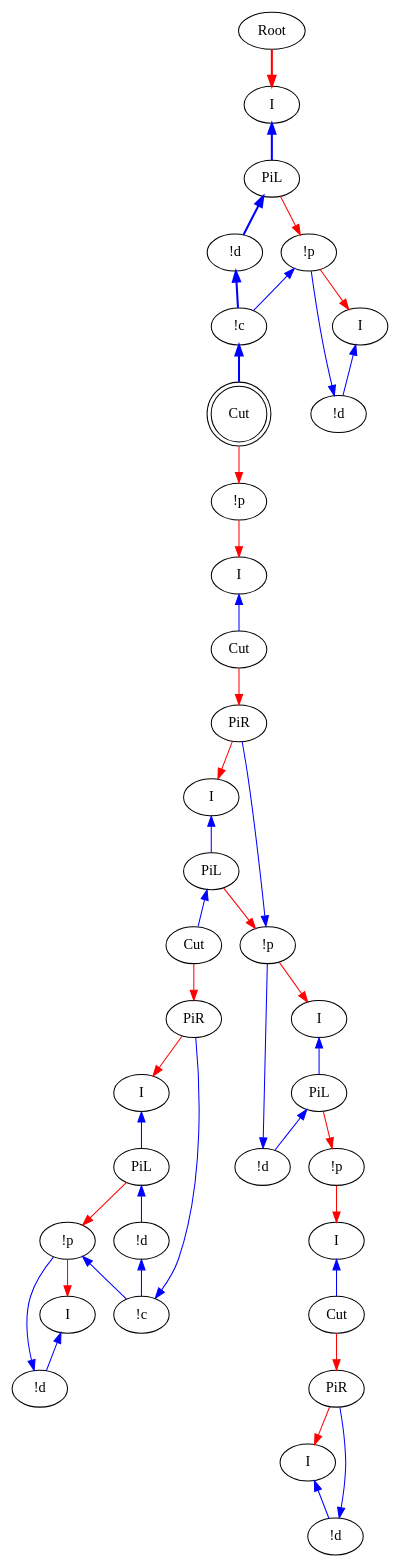
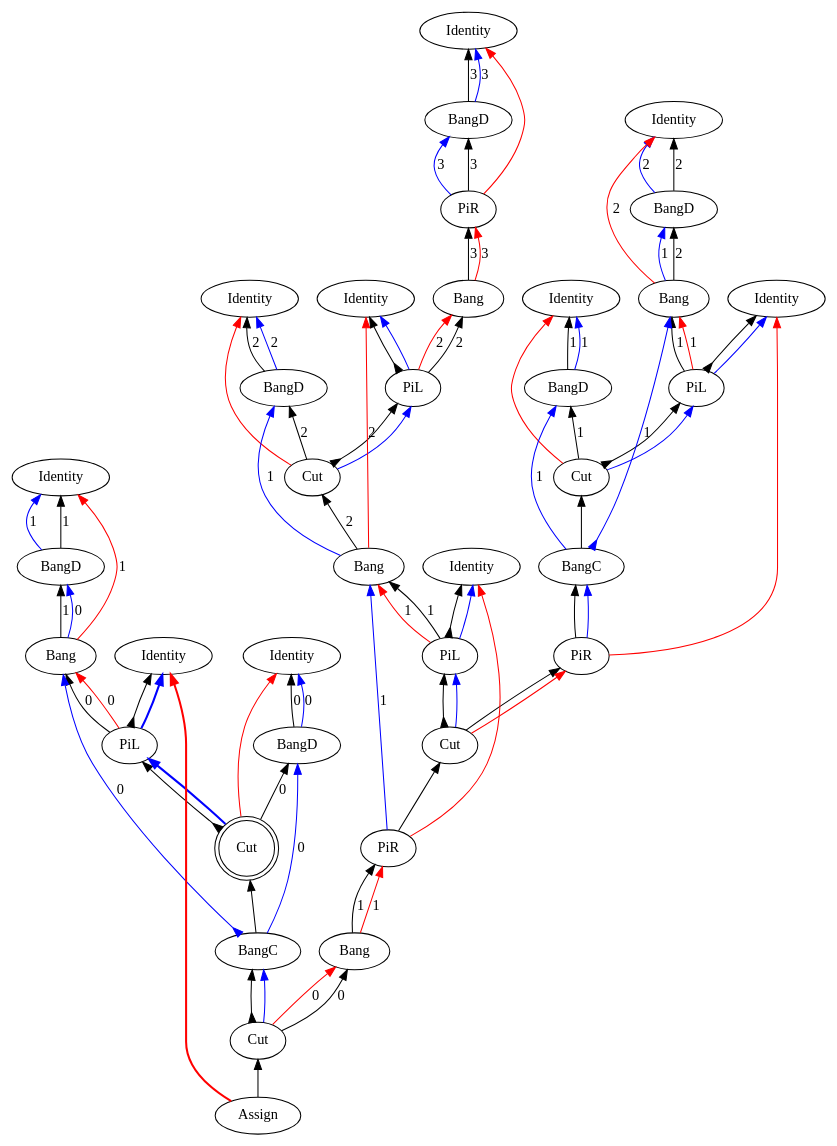
One commit to Mathnerd314/stroscot changed the diagram in src/core/graphs/example_m_2.dot. Above: the diagram before and after it, drawn with Graphviz. The commit also changed 319 other files, not shown here.

```diff
--- a/src/core/graphs/example_m_2.dot
+++ b/src/core/graphs/example_m_2.dot
@@ -1,77 +1,117 @@
 digraph {
-"Root0" [label="Root"]
-"PiL0" [label="PiL"]
-"!d0" [label="!d"]
-"!c0" [label="!c"]
-"!p0" [label="!p"]
-"I0" [label="I"]
-"!d1" [label="!d"]
-"!p1" [label="!p"]
-"I1" [label="I"]
-"Cut0" [label="Cut"]
-"PiR0" [label="PiR"]
-"I2" [label="I"]
-"PiL1" [label="PiL"]
-"Cut1" [label="Cut"]
-"PiR1" [label="PiR"]
-"I3" [label="I"]
-"PiL2" [label="PiL"]
-"!d2" [label="!d"]
-"!c1" [label="!c"]
-"!p2" [label="!p"]
-"I4" [label="I"]
-"!d3" [label="!d"]
-"!p3" [label="!p"]
-"I5" [label="I"]
-"PiL3" [label="PiL"]
-"!d4" [label="!d"]
-"!p4" [label="!p"]
-"I6" [label="I"]
-"Cut2" [label="Cut"]
+rankdir="BT"
+"Identity0" [label="Identity"]
+"BangD1" [label="BangD"]
 "PiR2" [label="PiR"]
-"I7" [label="I"]
-"!d5" [label="!d"]
-"Cut3" [label="Cut",shape=doublecircle]
-"I8" [label="I"]
-"!p3" -> "PiR0"[color=blue,tooltip="h",dir=back]
-"!d4" -> "!p3"[color=blue,tooltip="hj",dir=back]
-"I2" -> "PiL1"[color=blue,tooltip="hl",dir=back]
-"PiL1" -> "Cut1"[color=blue,tooltip="hl1",dir=back]
-"Cut1" -> "PiR1"[color=red,tooltip="hl1r"]
-"I5" -> "PiL3"[color=blue,tooltip="hl2",dir=back]
-"PiL3" -> "!d4"[color=blue,tooltip="hl21",dir=back]
-"I6" -> "Cut2"[color=blue,tooltip="hl22",dir=back]
-"Cut2" -> "PiR2"[color=red,tooltip="hl22r"]
-"!p4" -> "I6"[color=red,tooltip="hl2i"]
-"PiL3" -> "!p4"[color=red,tooltip="hl2p"]
-"!p3" -> "I5"[color=red,tooltip="hli"]
-"PiL1" -> "!p3"[color=red,tooltip="hlp"]
-"PiR0" -> "I2"[color=red,tooltip="hr"]
-"!d5" -> "PiR2"[color=blue,tooltip="i",dir=back]
-"I7" -> "!d5"[color=blue,tooltip="il",dir=back]
-"PiR2" -> "I7"[color=red,tooltip="ir"]
-"I1" -> "Cut0"[color=blue,tooltip="ret2",dir=back]
-"Cut0" -> "PiR0"[color=red,tooltip="ret2r"]
-"!p1" -> "I1"[color=red,tooltip="reti"]
-"Cut3" -> "!p1"[color=red,tooltip="retp"]
-"Root0" -> "I8"[color=red,tooltip="rettop",penwidth=2]
-"!c0" -> "Cut3"[color=blue,tooltip="x",penwidth=2,dir=back]
-"!d0" -> "!c0"[color=blue,tooltip="x1",penwidth=2,dir=back]
-"!p0" -> "!c0"[color=blue,tooltip="x2",dir=back]
-"!d1" -> "!p0"[color=blue,tooltip="xj",dir=back]
-"I8" -> "PiL0"[color=blue,tooltip="xl",penwidth=2,dir=back]
-"PiL0" -> "!d0"[color=blue,tooltip="xl1",penwidth=2,dir=back]
-"I0" -> "!d1"[color=blue,tooltip="xl2",dir=back]
-"!p0" -> "I0"[color=red,tooltip="xli"]
-"PiL0" -> "!p0"[color=red,tooltip="xlp"]
-"!c1" -> "PiR1"[color=blue,tooltip="y",dir=back]
-"!d2" -> "!c1"[color=blue,tooltip="y1",dir=back]
-"!p2" -> "!c1"[color=blue,tooltip="y2",dir=back]
-"!d3" -> "!p2"[color=blue,tooltip="yj",dir=back]
-"I3" -> "PiL2"[color=blue,tooltip="yl",dir=back]
-"PiL2" -> "!d2"[color=blue,tooltip="yl1",dir=back]
-"I4" -> "!d3"[color=blue,tooltip="yl2",dir=back]
-"!p2" -> "I4"[color=red,tooltip="yli"]
-"PiL2" -> "!p2"[color=red,tooltip="ylp"]
-"PiR1" -> "I3"[color=red,tooltip="yr"]
+"Bang3" [label="Bang"]
+"Identity4" [label="Identity"]
+"PiL5" [label="PiL"]
+"Identity6" [label="Identity"]
+"BangD7" [label="BangD"]
+"Cut8" [label="Cut"]
+"Bang9" [label="Bang"]
+"Identity10" [label="Identity"]
+"PiL11" [label="PiL"]
+"Identity12" [label="Identity"]
+"BangD13" [label="BangD"]
+"Bang14" [label="Bang"]
+"Identity15" [label="Identity"]
+"PiL16" [label="PiL"]
+"Identity17" [label="Identity"]
+"BangD18" [label="BangD"]
+"Cut19" [label="Cut"]
+"BangC20" [label="BangC"]
+"PiR21" [label="PiR"]
+"Cut22" [label="Cut"]
+"PiR23" [label="PiR"]
+"Bang24" [label="Bang"]
+"Identity25" [label="Identity"]
+"BangD26" [label="BangD"]
+"Bang27" [label="Bang"]
+"Identity28" [label="Identity"]
+"PiL29" [label="PiL"]
+"Identity30" [label="Identity"]
+"BangD31" [label="BangD"]
+"Cut32" [label="Cut",shape=doublecircle]
+"BangC33" [label="BangC"]
+"Assign34" [label="Assign"]
+"Cut35" [label="Cut"]
+"Bang27" -> "BangD26"[color=black,weight=5,tooltip="c_bseq24",label="1",arrowhead=normal,arrowtail=none,dir=both]
+"Bang24" -> "PiR23"[color=black,weight=5,tooltip="c_bseq32",label="1",arrowhead=normal,arrowtail=none,dir=both]
+"Bang14" -> "BangD13"[color=black,weight=5,tooltip="c_bseq58",label="2",arrowhead=normal,arrowtail=none,dir=both]
+"Bang9" -> "Cut8"[color=black,weight=5,tooltip="c_bseq67",label="2",arrowhead=normal,arrowtail=none,dir=both]
+"Bang3" -> "PiR2"[color=black,weight=5,tooltip="c_bseq79",label="3",arrowhead=normal,arrowtail=none,dir=both]
+"Cut32" -> "PiL29"[color=black,weight=5,tooltip="c_lseq12",arrowhead=normal,arrowtail=inv,dir=both]
+"Cut22" -> "PiL11"[color=black,weight=5,tooltip="c_lseq36",arrowhead=normal,arrowtail=inv,dir=both]
+"Cut19" -> "PiL16"[color=black,weight=5,tooltip="c_lseq46",arrowhead=normal,arrowtail=inv,dir=both]
+"Cut8" -> "PiL5"[color=black,weight=5,tooltip="c_lseq68",arrowhead=normal,arrowtail=inv,dir=both]
+"Cut32" -> "BangD31"[color=black,weight=5,tooltip="c_rseq13",label="0",arrowhead=normal,arrowtail=none,dir=both]
+"Cut22" -> "PiR21"[color=black,weight=5,tooltip="c_rseq37",arrowhead=normal,arrowtail=none,dir=both]
+"Cut19" -> "BangD18"[color=black,weight=5,tooltip="c_rseq47",label="1",arrowhead=normal,arrowtail=none,dir=both]
+"Cut8" -> "BangD7"[color=black,weight=5,tooltip="c_rseq69",label="2",arrowhead=normal,arrowtail=none,dir=both]
+"PiL29" -> "Bang27"[color=black,weight=5,tooltip="dseq20",label="0",arrowhead=normal,arrowtail=none,dir=both]
+"Cut35" -> "Bang24"[color=black,weight=5,tooltip="dseq29",label="0",arrowhead=normal,arrowtail=none,dir=both]
+"PiL16" -> "Bang14"[color=black,weight=5,tooltip="dseq54",label="1",arrowhead=normal,arrowtail=none,dir=both]
+"PiL11" -> "Bang9"[color=black,weight=5,tooltip="dseq63",label="1",arrowhead=normal,arrowtail=none,dir=both]
+"PiL5" -> "Bang3"[color=black,weight=5,tooltip="dseq76",label="2",arrowhead=normal,arrowtail=none,dir=both]
+"PiR23" -> "Bang9"[color=blue,weight=2,tooltip="h34",label="1",arrowhead=normal,arrowtail=none,dir=both]
+"Bang9" -> "BangD7"[color=blue,weight=2,tooltip="hf65",label="1",arrowhead=normal,arrowtail=none,dir=both]
+"BangD7" -> "Identity6"[color=blue,weight=2,tooltip="hret73",label="2",arrowhead=normal,arrowtail=none,dir=both]
+"BangD7" -> "Identity6"[color=black,weight=5,tooltip="hseq72",label="2",arrowhead=normal,arrowtail=none,dir=both]
+"PiR2" -> "BangD1"[color=blue,weight=2,tooltip="i81",label="3",arrowhead=normal,arrowtail=none,dir=both]
+"PiL29" -> "Identity28"[color=black,weight=5,tooltip="idseq21",arrowhead=normal,arrowtail=inv,dir=both]
+"PiL16" -> "Identity15"[color=black,weight=5,tooltip="idseq55",arrowhead=normal,arrowtail=inv,dir=both]
+"PiL11" -> "Identity10"[color=black,weight=5,tooltip="idseq64",arrowhead=normal,arrowtail=inv,dir=both]
+"PiL5" -> "Identity4"[color=black,weight=5,tooltip="idseq77",arrowhead=normal,arrowtail=inv,dir=both]
+"BangD1" -> "Identity0"[color=blue,weight=2,tooltip="iret84",label="3",arrowhead=normal,arrowtail=none,dir=both]
+"BangD1" -> "Identity0"[color=black,weight=5,tooltip="iseq83",label="3",arrowhead=normal,arrowtail=none,dir=both]
+"PiL29" -> "Identity28"[color=blue,weight=2,tooltip="lret19",arrowhead=normal,arrowtail=none,penwidth=2,dir=both]
+"PiL16" -> "Identity15"[color=blue,weight=2,tooltip="lret53",arrowhead=normal,arrowtail=none,dir=both]
+"PiL11" -> "Identity10"[color=blue,weight=2,tooltip="lret62",arrowhead=normal,arrowtail=none,dir=both]
+"PiL5" -> "Identity4"[color=blue,weight=2,tooltip="lret75",arrowhead=normal,arrowtail=none,dir=both]
+"Cut32" -> "PiL29"[color=blue,weight=2,tooltip="lval14",arrowhead=normal,arrowtail=none,penwidth=2,dir=both]
+"Cut22" -> "PiL11"[color=blue,weight=2,tooltip="lval38",arrowhead=normal,arrowtail=none,dir=both]
+"Cut19" -> "PiL16"[color=blue,weight=2,tooltip="lval48",arrowhead=normal,arrowtail=none,dir=both]
+"Cut8" -> "PiL5"[color=blue,weight=2,tooltip="lval70",arrowhead=normal,arrowtail=none,dir=both]
+"PiL29" -> "Bang27"[color=red,weight=2,tooltip="newrret18",label="0",arrowhead=normal,arrowtail=none,dir=both]
+"Cut35" -> "Bang24"[color=red,weight=2,tooltip="newrret27",label="0",arrowhead=normal,arrowtail=none,dir=both]
+"PiL16" -> "Bang14"[color=red,weight=2,tooltip="newrret52",label="1",arrowhead=normal,arrowtail=none,dir=both]
+"PiL11" -> "Bang9"[color=red,weight=2,tooltip="newrret61",label="1",arrowhead=normal,arrowtail=none,dir=both]
+"PiL5" -> "Bang3"[color=red,weight=2,tooltip="newrret74",label="2",arrowhead=normal,arrowtail=none,dir=both]
+"Bang27" -> "Identity25"[color=red,weight=2,tooltip="newrretf23",label="1",arrowhead=normal,arrowtail=none,dir=both]
+"Bang24" -> "PiR23"[color=red,weight=2,tooltip="newrretf31",label="1",arrowhead=normal,arrowtail=none,dir=both]
+"Bang14" -> "Identity12"[color=red,weight=2,tooltip="newrretf57",label="2",arrowhead=normal,arrowtail=none,dir=both]
+"Bang9" -> "Identity4"[color=red,weight=2,tooltip="newrretf66",label="2",arrowhead=normal,arrowtail=none,dir=both]
+"Bang3" -> "PiR2"[color=red,weight=2,tooltip="newrretf78",label="3",arrowhead=normal,arrowtail=none,dir=both]
+"PiR23" -> "Identity10"[color=red,weight=2,tooltip="ret35",arrowhead=normal,arrowtail=none,dir=both]
+"PiR21" -> "Identity15"[color=red,weight=2,tooltip="ret42",arrowhead=normal,arrowtail=none,dir=both]
+"Assign34" -> "Identity28"[color=red,weight=2,tooltip="ret8",arrowhead=normal,arrowtail=none,penwidth=2,dir=both]
+"PiR2" -> "Identity0"[color=red,weight=2,tooltip="ret82",arrowhead=normal,arrowtail=none,dir=both]
+"Assign34" -> "Cut35"[color=black,weight=5,tooltip="retseq0",arrowhead=normal,arrowtail=none,dir=both]
+"Cut32" -> "Identity30"[color=red,weight=2,tooltip="rval15",arrowhead=normal,arrowtail=none,dir=both]
+"Cut22" -> "PiR21"[color=red,weight=2,tooltip="rval39",arrowhead=normal,arrowtail=none,dir=both]
+"Cut19" -> "Identity17"[color=red,weight=2,tooltip="rval49",arrowhead=normal,arrowtail=none,dir=both]
+"Cut8" -> "Identity6"[color=red,weight=2,tooltip="rval71",arrowhead=normal,arrowtail=none,dir=both]
+"BangC33" -> "Cut32"[color=black,weight=5,tooltip="seq11",arrowhead=normal,arrowtail=none,dir=both]
+"PiR23" -> "Cut22"[color=black,weight=5,tooltip="seq33",arrowhead=normal,arrowtail=none,dir=both]
+"PiR21" -> "BangC20"[color=black,weight=5,tooltip="seq40",arrowhead=normal,arrowtail=none,dir=both]
+"BangC20" -> "Cut19"[color=black,weight=5,tooltip="seq45",arrowhead=normal,arrowtail=none,dir=both]
+"Cut35" -> "BangC33"[color=black,weight=5,tooltip="seq6",arrowhead=normal,arrowtail=inv,dir=both]
+"PiR2" -> "BangD1"[color=black,weight=5,tooltip="seq80",label="3",arrowhead=normal,arrowtail=none,dir=both]
+"Cut35" -> "BangC33"[color=blue,weight=2,tooltip="x7",arrowhead=normal,arrowtail=none,dir=both]
+"BangC33" -> "BangD31"[color=blue,weight=2,tooltip="xA9",label="0",arrowhead=normal,arrowtail=none,dir=both]
+"BangC33" -> "Bang27"[color=blue,weight=2,tooltip="xB10",label="0",arrowhead=normal,arrowtail=inv,dir=both]
+"Bang27" -> "BangD26"[color=blue,weight=2,tooltip="xBf22",label="0",arrowhead=normal,arrowtail=none,dir=both]
+"BangD31" -> "Identity30"[color=blue,weight=2,tooltip="xret17",label="0",arrowhead=normal,arrowtail=none,dir=both]
+"BangD26" -> "Identity25"[color=blue,weight=2,tooltip="xret26",label="1",arrowhead=normal,arrowtail=none,dir=both]
+"BangD31" -> "Identity30"[color=black,weight=5,tooltip="xseq16",label="0",arrowhead=normal,arrowtail=none,dir=both]
+"BangD26" -> "Identity25"[color=black,weight=5,tooltip="xseq25",label="1",arrowhead=normal,arrowtail=none,dir=both]
+"PiR21" -> "BangC20"[color=blue,weight=2,tooltip="y41",arrowhead=normal,arrowtail=none,dir=both]
+"BangC20" -> "BangD18"[color=blue,weight=2,tooltip="yA43",label="1",arrowhead=normal,arrowtail=none,dir=both]
+"BangC20" -> "Bang14"[color=blue,weight=2,tooltip="yB44",label="1",arrowhead=normal,arrowtail=inv,dir=both]
+"Bang14" -> "BangD13"[color=blue,weight=2,tooltip="yBf56",label="1",arrowhead=normal,arrowtail=none,dir=both]
+"BangD18" -> "Identity17"[color=blue,weight=2,tooltip="yret51",label="1",arrowhead=normal,arrowtail=none,dir=both]
+"BangD13" -> "Identity12"[color=blue,weight=2,tooltip="yret60",label="2",arrowhead=normal,arrowtail=none,dir=both]
+"BangD18" -> "Identity17"[color=black,weight=5,tooltip="yseq50",label="1",arrowhead=normal,arrowtail=none,dir=both]
+"BangD13" -> "Identity12"[color=black,weight=5,tooltip="yseq59",label="2",arrowhead=normal,arrowtail=none,dir=both]
 }
```
